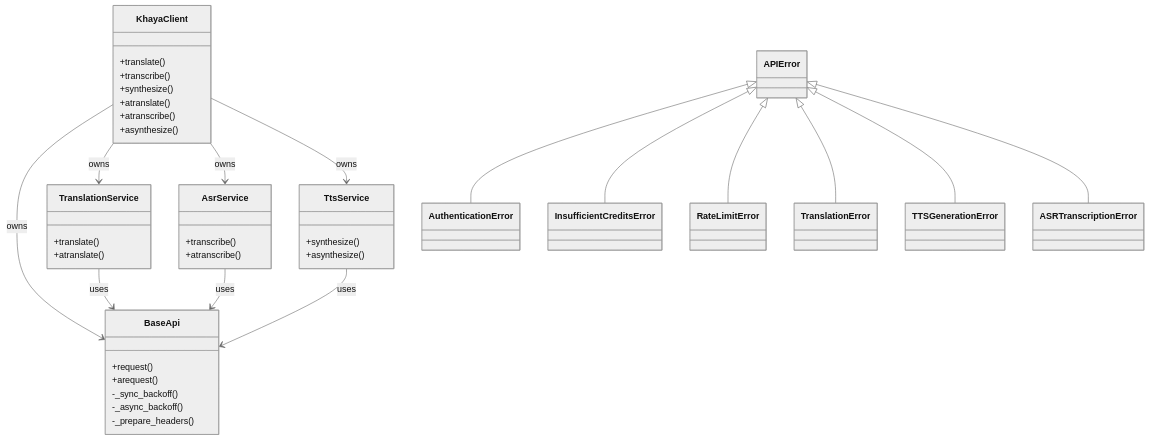
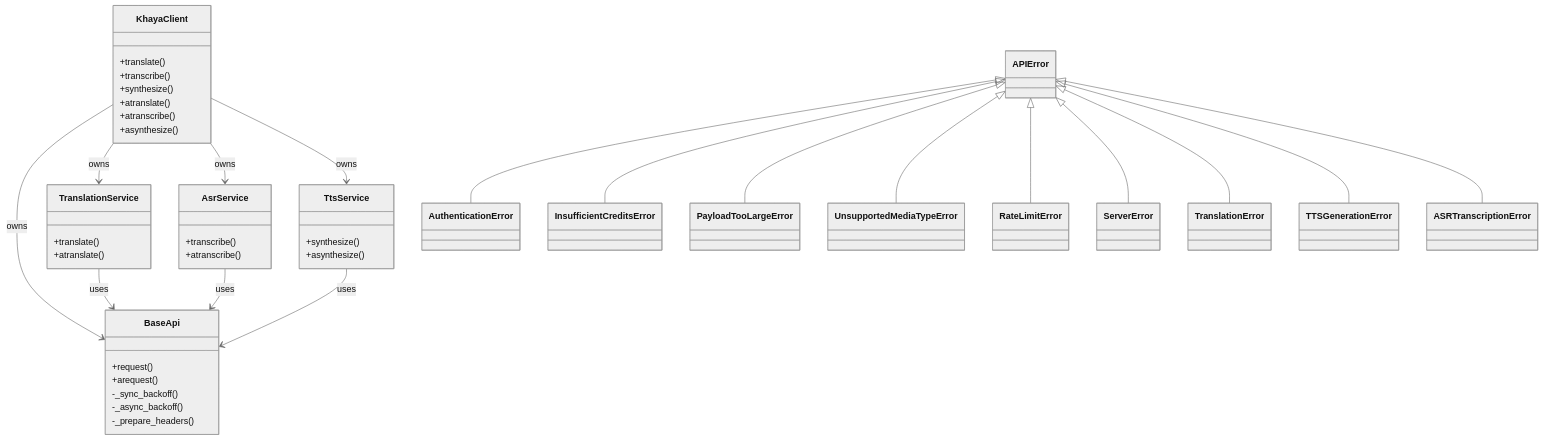
One commit to Khaya-AI/khaya-sdk changed the second of 2 diagrams in docs/internals.md. Above: the diagram before and after it, drawn with Mermaid (neutral theme). The commit also changed other lines of this file and 8 other files, not shown here.

````diff
--- a/docs/internals.md
+++ b/docs/internals.md
@@ -54,57 +57,63 @@
 ```mermaid
 classDiagram
     class KhayaClient {
         +translate()
         +transcribe()
         +synthesize()
         +atranslate()
         +atranscribe()
         +asynthesize()
     }
 
     class BaseApi {
         +request()
         +arequest()
         -_sync_backoff()
         -_async_backoff()
         -_prepare_headers()
     }
 
     class TranslationService {
         +translate()
         +atranslate()
     }
 
     class AsrService {
         +transcribe()
         +atranscribe()
     }
 
     class TtsService {
         +synthesize()
         +asynthesize()
     }
 
     class APIError
     class AuthenticationError
     class InsufficientCreditsError
+    class PayloadTooLargeError
+    class UnsupportedMediaTypeError
     class RateLimitError
+    class ServerError
     class TranslationError
     class TTSGenerationError
     class ASRTranscriptionError
 
     KhayaClient --> BaseApi : owns
     KhayaClient --> TranslationService : owns
     KhayaClient --> AsrService : owns
     KhayaClient --> TtsService : owns
     TranslationService --> BaseApi : uses
     AsrService --> BaseApi : uses
     TtsService --> BaseApi : uses
 
     APIError <|-- AuthenticationError
     APIError <|-- InsufficientCreditsError
+    APIError <|-- PayloadTooLargeError
+    APIError <|-- UnsupportedMediaTypeError
     APIError <|-- RateLimitError
+    APIError <|-- ServerError
     APIError <|-- TranslationError
     APIError <|-- TTSGenerationError
     APIError <|-- ASRTranscriptionError
 ```
````
